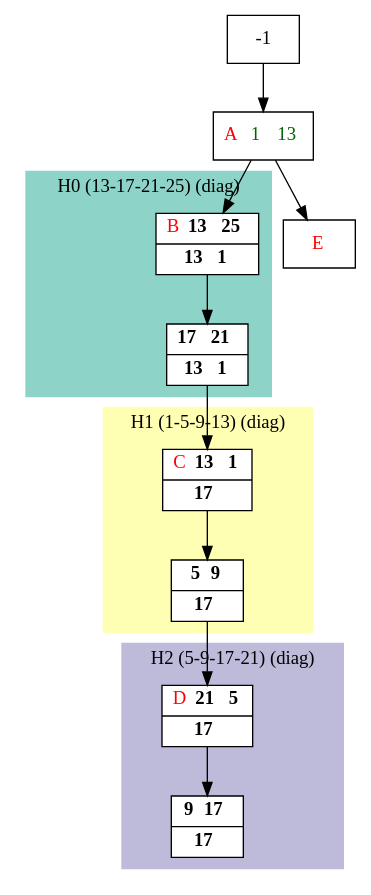
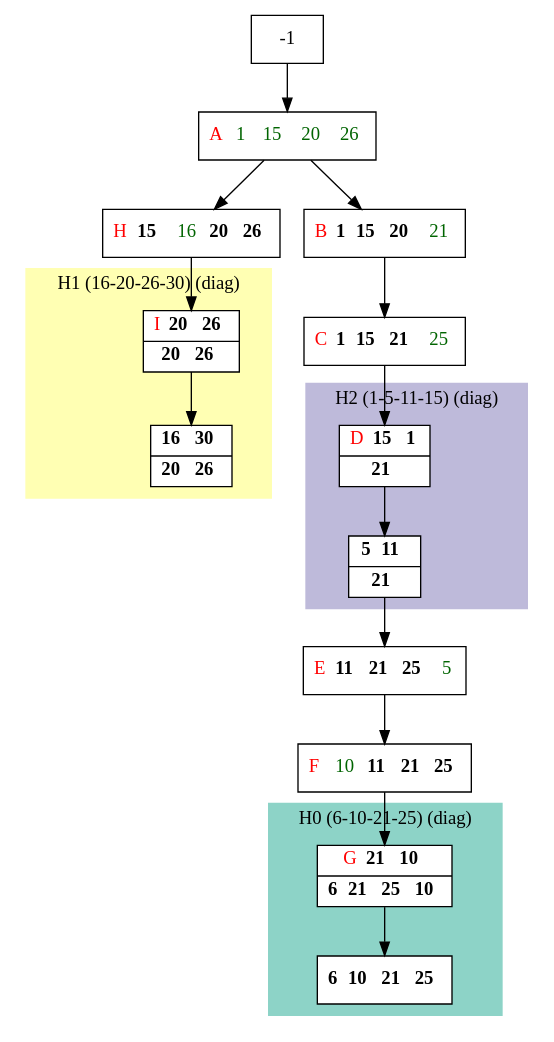
Before and after one commit to bmarchand/auto-dp: the diagram in results/compact_dot_files/compact_K.dot, drawn with Graphviz. The commit also changed 84 other files, not shown here.

```diff
--- a/results/compact_dot_files/compact_K.dot
+++ b/results/compact_dot_files/compact_K.dot
@@ -1,40 +1,48 @@
 digraph G {
     node [shape=box];
     subgraph cluster0 {
         node [style=filled,fillcolor=white];
         labeljust="l";
         style=filled;
         color="#8DD3C7";
-        H0_0 -> H0_7;
-        label="H0 (13-17-21-25) (diag)";
+        H0_0 -> H0_5;
+        label="H0 (6-10-21-25) (diag)";
     }
     subgraph cluster1 {
         node [style=filled,fillcolor=white];
         labeljust="l";
         style=filled;
         color="#FFFFB3";
-        H1_0 -> H1_7;
-        label="H1 (1-5-9-13) (diag)";
+        H1_0 -> H1_5;
+        label="H1 (16-20-26-30) (diag)";
     }
     subgraph cluster2 {
         node [style=filled,fillcolor=white];
         labeljust="l";
         style=filled;
         color="#BEBADA";
-        H2_0 -> H2_5;
-        label="H2 (5-9-17-21) (diag)";
+        H2_0 -> H2_7;
+        label="H2 (1-5-11-15) (diag)";
     }
-     1 [shape=record,label= <{  <FONT COLOR="RED">A</FONT>  <FONT COLOR="DARKGREEN">1</FONT>  <FONT COLOR="DARKGREEN">13</FONT>}> ];
-     -1  ->  1;
-     H0_0 [shape=record,label= <{  <FONT COLOR="RED">B</FONT> <b>13</b> <b>25</b>|  <b>13</b> <b>1</b>}> ];
-     1  ->  H0_0;
-     H0_7 [shape=record,label= <{ <b>17</b> <b>21</b>|  <b>13</b> <b>1</b>}> ];
-     H1_0 [shape=record,label= <{  <FONT COLOR="RED">C</FONT> <b>13</b> <b>1</b>|  <b>17</b>}> ];
-     H0_7  ->  H1_0;
-     H1_7 [shape=record,label= <{ <b>5</b> <b>9</b>|  <b>17</b>}> ];
-     H2_0 [shape=record,label= <{  <FONT COLOR="RED">D</FONT> <b>21</b> <b>5</b>|  <b>17</b>}> ];
-     H1_7  ->  H2_0;
-     H2_5 [shape=record,label= <{ <b>9</b> <b>17</b>|  <b>17</b>}> ];
-     _1 [shape=record,label= <{  <FONT COLOR="RED">E</FONT>}> ];
-     1  ->  _1;
+     20 [shape=record,label= <{  <FONT COLOR="RED">A</FONT>  <FONT COLOR="DARKGREEN">1</FONT>  <FONT COLOR="DARKGREEN">15</FONT>  <FONT COLOR="DARKGREEN">20</FONT>  <FONT COLOR="DARKGREEN">26</FONT>}> ];
+     -1  ->  20;
+     18 [shape=record,label= <{  <FONT COLOR="RED">B</FONT> <b>1</b> <b>15</b> <b>20</b>  <FONT COLOR="DARKGREEN">21</FONT>}> ];
+     20  ->  18;
+     1 [shape=record,label= <{  <FONT COLOR="RED">C</FONT> <b>1</b> <b>15</b> <b>21</b>  <FONT COLOR="DARKGREEN">25</FONT>}> ];
+     18  ->  1;
+     H2_0 [shape=record,label= <{  <FONT COLOR="RED">D</FONT> <b>15</b> <b>1</b>|  <b>21</b>}> ];
+     1  ->  H2_0;
+     H2_7 [shape=record,label= <{ <b>5</b> <b>11</b>|  <b>21</b>}> ];
+     6 [shape=record,label= <{  <FONT COLOR="RED">E</FONT> <b>11</b> <b>21</b> <b>25</b>  <FONT COLOR="DARKGREEN">5</FONT>}> ];
+     H2_7  ->  6;
+     10 [shape=record,label= <{  <FONT COLOR="RED">F</FONT>  <FONT COLOR="DARKGREEN">10</FONT> <b>11</b> <b>21</b> <b>25</b>}> ];
+     6  ->  10;
+     H0_0 [shape=record,label= <{  <FONT COLOR="RED">G</FONT> <b>21</b> <b>10</b>|  <b>6</b> <b>21</b> <b>25</b> <b>10</b>}> ];
+     10  ->  H0_0;
+     H0_5 [shape=record,label= <{ <b>6</b> <b>10</b> <b>21</b> <b>25</b>}> ];
+     21 [shape=record,label= <{  <FONT COLOR="RED">H</FONT> <b>15</b>  <FONT COLOR="DARKGREEN">16</FONT> <b>20</b> <b>26</b>}> ];
+     20  ->  21;
+     H1_0 [shape=record,label= <{  <FONT COLOR="RED">I</FONT> <b>20</b> <b>26</b>|  <b>20</b> <b>26</b>}> ];
+     21  ->  H1_0;
+     H1_5 [shape=record,label= <{ <b>16</b> <b>30</b>|  <b>20</b> <b>26</b>}> ];
 }
```
